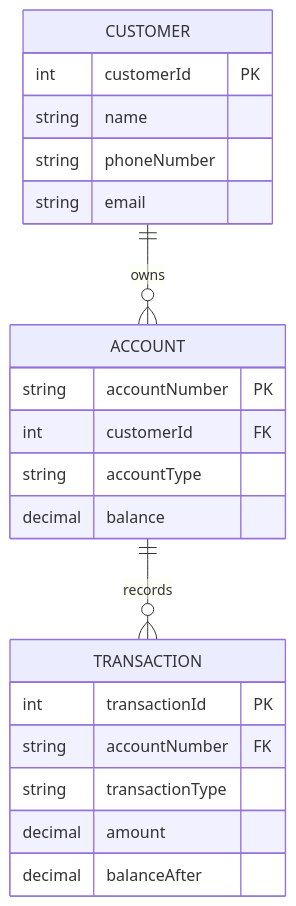
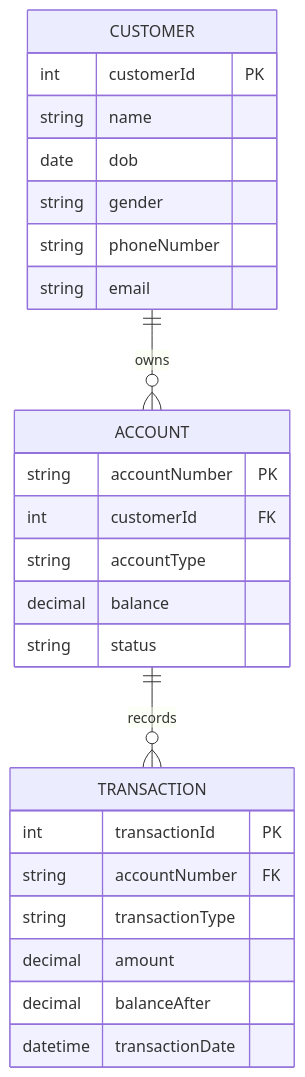
One commit to dev-jshubham/bank-management-system changed the second of 2 diagrams in Readme.md. Above: the diagram before and after it, drawn with Mermaid. The commit also changed other lines of this file, not shown here.

````diff
--- a/Readme.md
+++ b/Readme.md
@@ -169,27 +96,29 @@
 ```mermaid
 erDiagram
     CUSTOMER ||--o{ ACCOUNT : owns
     ACCOUNT ||--o{ TRANSACTION : records
 
     CUSTOMER {
         int customerId PK
         string name
+        date dob
+        string gender
         string phoneNumber
         string email
     }
-
     ACCOUNT {
         string accountNumber PK
         int customerId FK
         string accountType
         decimal balance
+        string status
     }
-
     TRANSACTION {
         int transactionId PK
         string accountNumber FK
         string transactionType
         decimal amount
         decimal balanceAfter
+        datetime transactionDate
     }
 ```
````
